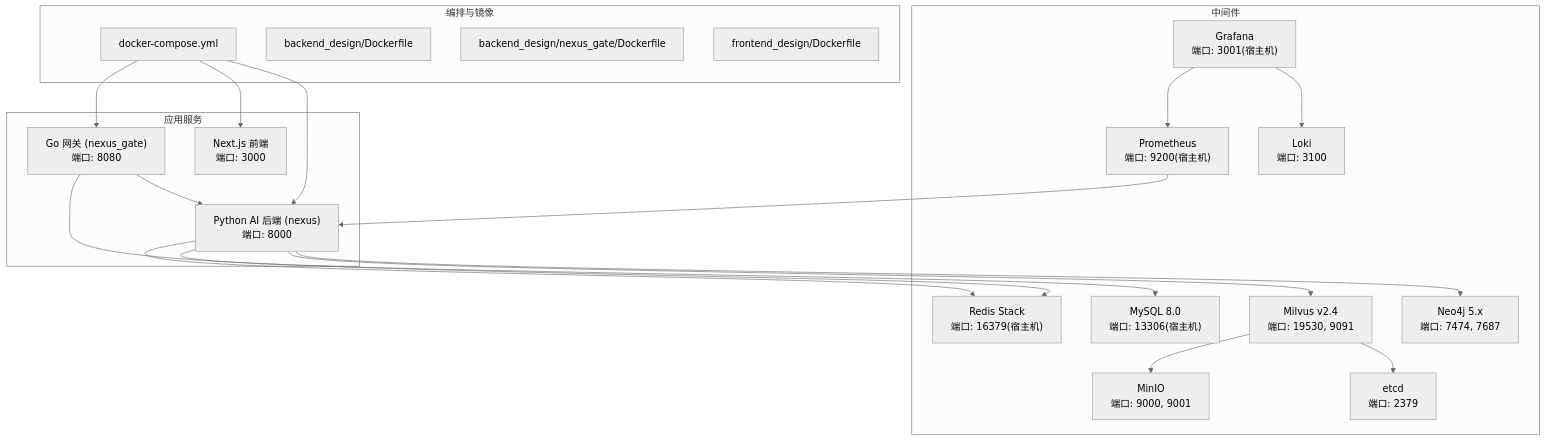
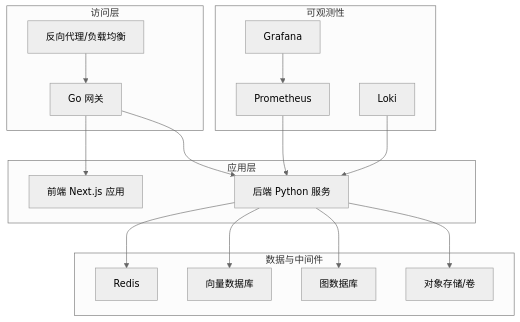
One commit to zmdhdu/NexusCockpit changed the first of 8 diagrams in .qoder/repowiki/zh/content/架构设计/部署架构设计.md. Above: the diagram before and after it, drawn with Mermaid (neutral theme). The commit also changed other lines of this file and 535 other files, not shown here.

````diff
--- a/.qoder/repowiki/zh/content/架构设计/部署架构设计.md
+++ b/.qoder/repowiki/zh/content/架构设计/部署架构设计.md
@@ -46,39 +58,32 @@
 ```mermaid
 graph TB
-subgraph "编排与镜像"
-DC["docker-compose.yml"]
-PYDF["backend_design/Dockerfile"]
-GO_DF["backend_design/nexus_gate/Dockerfile"]
-FE_DF["frontend_design/Dockerfile"]
+subgraph "访问层"
+NGINX["反向代理/负载均衡"]
+GW["Go 网关"]
 end
-subgraph "应用服务"
-NG["Go 网关 (nexus_gate)<br/>端口: 8080"]
-PY["Python AI 后端 (nexus)<br/>端口: 8000"]
-FE["Next.js 前端<br/>端口: 3000"]
+subgraph "应用层"
+FE["前端 Next.js 应用"]
+BE["后端 Python 服务"]
 end
-subgraph "中间件"
-REDIS["Redis Stack<br/>端口: 16379(宿主机)"]
-MYSQL["MySQL 8.0<br/>端口: 13306(宿主机)"]
-MILVUS["Milvus v2.4<br/>端口: 19530, 9091"]
-NEO4J["Neo4j 5.x<br/>端口: 7474, 7687"]
-MINIO["MinIO<br/>端口: 9000, 9001"]
-ETCD["etcd<br/>端口: 2379"]
-PROM["Prometheus<br/>端口: 9200(宿主机)"]
-GRAF["Grafana<br/>端口: 3001(宿主机)"]
-LOKI["Loki<br/>端口: 3100"]
+subgraph "数据与中间件"
+REDIS["Redis"]
+VDB["向量数据库"]
+GDB["图数据库"]
+OBJ["对象存储/卷"]
 end
-DC --> NG
-DC --> PY
-DC --> FE
-NG --> REDIS
-NG --> PY
-PY --> REDIS
-PY --> MYSQL
-PY --> MILVUS
-PY --> NEO4J
-MILVUS --> ETCD
-MILVUS --> MINIO
-PROM --> PY
+subgraph "可观测性"
+PROM["Prometheus"]
+GRAF["Grafana"]
+LOKI["Loki"]
+end
+NGINX --> GW
+GW --> FE
+GW --> BE
+BE --> REDIS
+BE --> VDB
+BE --> GDB
+BE --> OBJ
+PROM --> BE
 GRAF --> PROM
-GRAF --> LOKI
+LOKI --> BE
 ```
````
